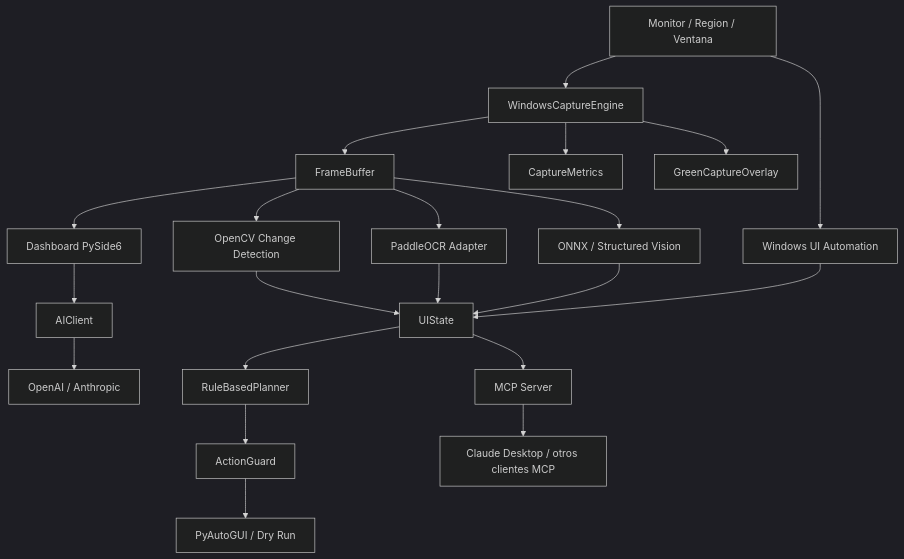
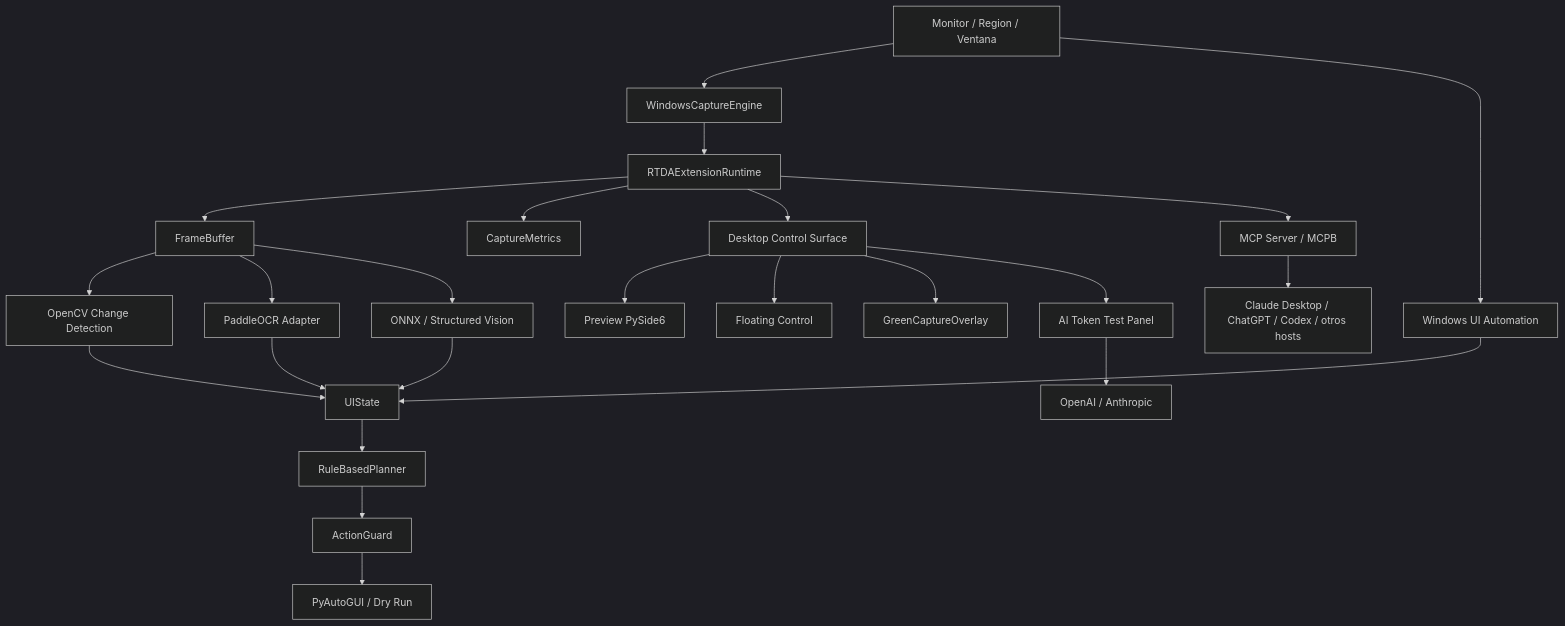
One commit to Adan0423/real-time-desktop-agent changed the first of 3 diagrams in docs/architecture.md. Above: the diagram before and after it, drawn with Mermaid (dark theme). The commit also changed other lines of this file and 8 other files, not shown here.

````diff
--- a/docs/architecture.md
+++ b/docs/architecture.md
@@ -16,23 +22,26 @@
 ```mermaid
 flowchart TD
     Input["Monitor / Region / Ventana"] --> Capture["WindowsCaptureEngine"]
-    Capture --> Buffer["FrameBuffer"]
-    Capture --> Metrics["CaptureMetrics"]
-    Capture --> Overlay["GreenCaptureOverlay"]
-    Buffer --> Preview["Dashboard PySide6"]
+    Capture --> Runtime["RTDAExtensionRuntime"]
+    Runtime --> Buffer["FrameBuffer"]
+    Runtime --> Metrics["CaptureMetrics"]
+    Runtime --> Desktop["Desktop Control Surface"]
+    Runtime --> MCP["MCP Server / MCPB"]
+    Desktop --> Preview["Preview PySide6"]
+    Desktop --> Floating["Floating Control"]
+    Desktop --> Overlay["GreenCaptureOverlay"]
+    Desktop --> AI["AI Token Test Panel"]
     Buffer --> Change["OpenCV Change Detection"]
     Input --> UIA["Windows UI Automation"]
     Buffer --> OCR["PaddleOCR Adapter"]
     Buffer --> Vision["ONNX / Structured Vision"]
     Change --> State["UIState"]
     UIA --> State
     OCR --> State
     Vision --> State
     State --> Planner["RuleBasedPlanner"]
     Planner --> Guard["ActionGuard"]
     Guard --> Executor["PyAutoGUI / Dry Run"]
-    State --> MCP["MCP Server"]
-    MCP --> Hosts["Claude Desktop / otros clientes MCP"]
-    Preview --> AI["AIClient"]
+    MCP --> Hosts["Claude Desktop / ChatGPT / Codex / otros hosts"]
     AI --> Providers["OpenAI / Anthropic"]
 ```
````
